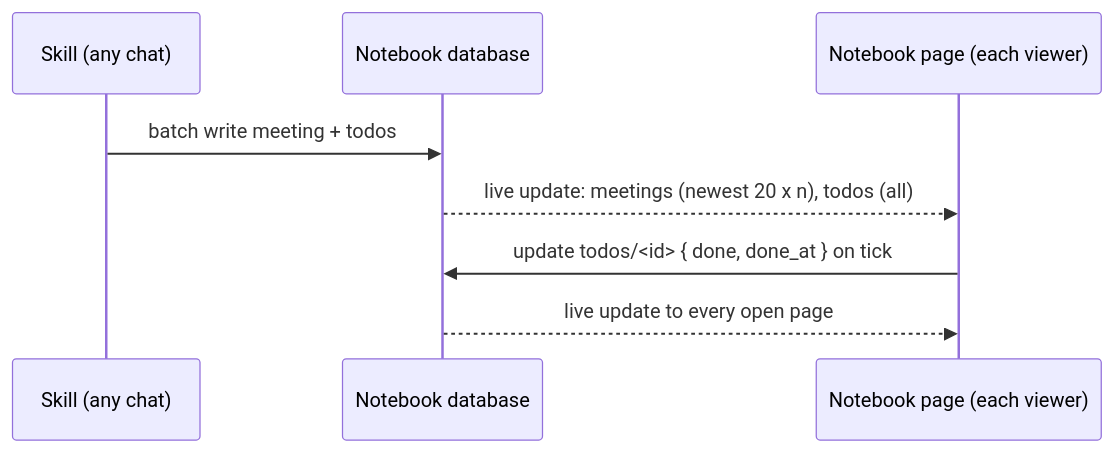
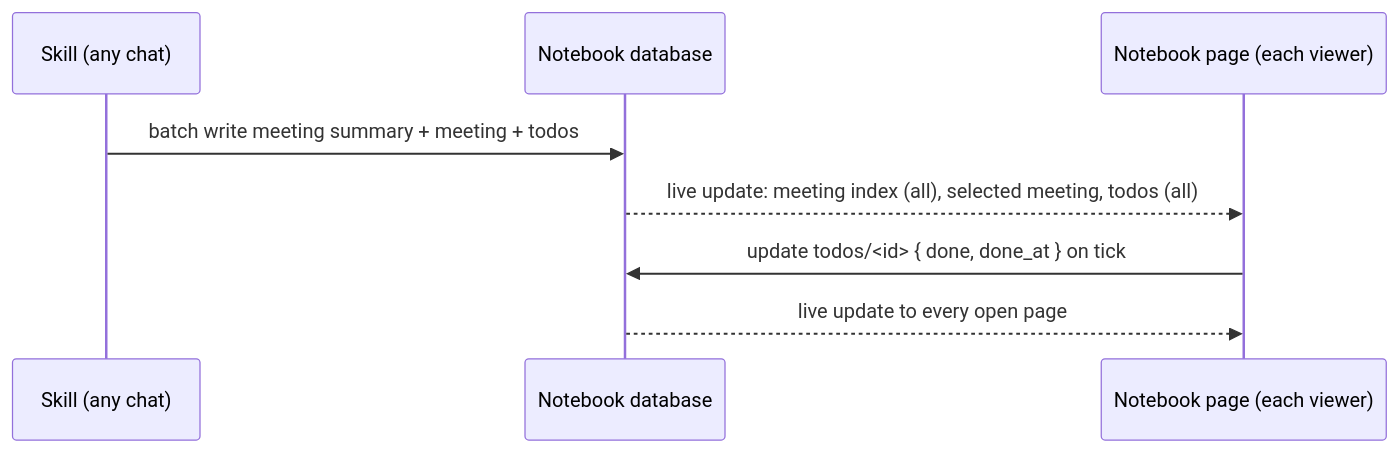
One commit to incubyte/scribe changed the third of 3 diagrams in docs/specs/007-meeting-notebook-database.md. Above: the diagram before and after it, drawn with Mermaid. The commit also changed other lines of this file, not shown here.

First line of the commit message:
docs(spec): heal 007 with index and marker records

````diff
--- a/docs/specs/007-meeting-notebook-database.md
+++ b/docs/specs/007-meeting-notebook-database.md
@@ -383,10 +392,10 @@
 ```mermaid
 sequenceDiagram
   participant Skill as Skill (any chat)
   participant DB as Notebook database
   participant Page as Notebook page (each viewer)
-  Skill->>DB: batch write meeting + todos
-  DB-->>Page: live update: meetings (newest 20 x n), todos (all)
+  Skill->>DB: batch write meeting summary + meeting + todos
+  DB-->>Page: live update: meeting index (all), selected meeting, todos (all)
   Page->>DB: update todos/<id> { done, done_at } on tick
   DB-->>Page: live update to every open page
 ```
````
